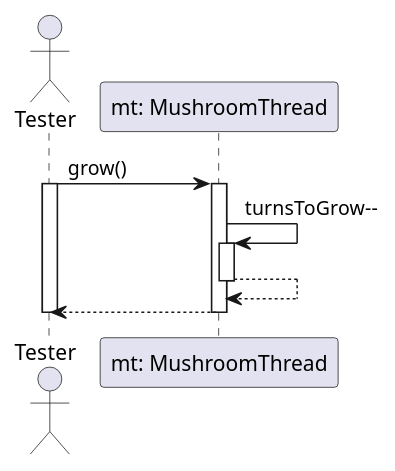
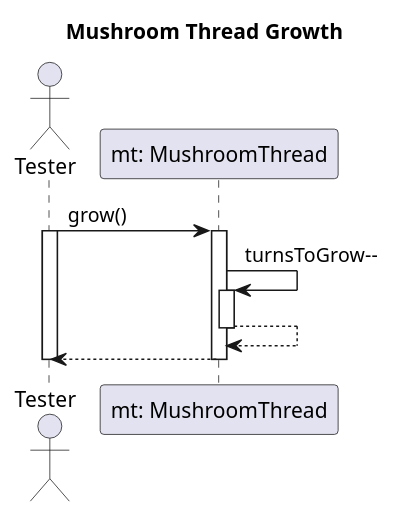
One commit to dzsem/projlab changed the diagram in diagrams/test-sequence/mushroom/mushroomThreadGrowth.wsd. Above: the diagram before and after it, drawn with PlantUML. The commit also changed 7 other files, not shown here.

Commit message:
Fixed problems in mushroomThreadTestsInit and in mushroomThreadDie, typos and added titles

```diff
--- a/diagrams/test-sequence/mushroom/mushroomThreadGrowth.wsd
+++ b/diagrams/test-sequence/mushroom/mushroomThreadGrowth.wsd
@@ -1,21 +1,23 @@
-@startuml Mushroom thread Growth
+@startuml Mushroom Thread Growth
+
+title Mushroom Thread Growth
 
 actor "Tester" as tester
 participant "mt: MushroomThread" as mt
 
 tester -> mt: grow() 
 activate tester
 activate mt
 
 mt -> mt: turnsToGrow--
 activate mt
 mt --> mt
 deactivate mt
 
 mt --> tester
 deactivate mt
 deactivate tester
 
 
 
 @enduml
```
